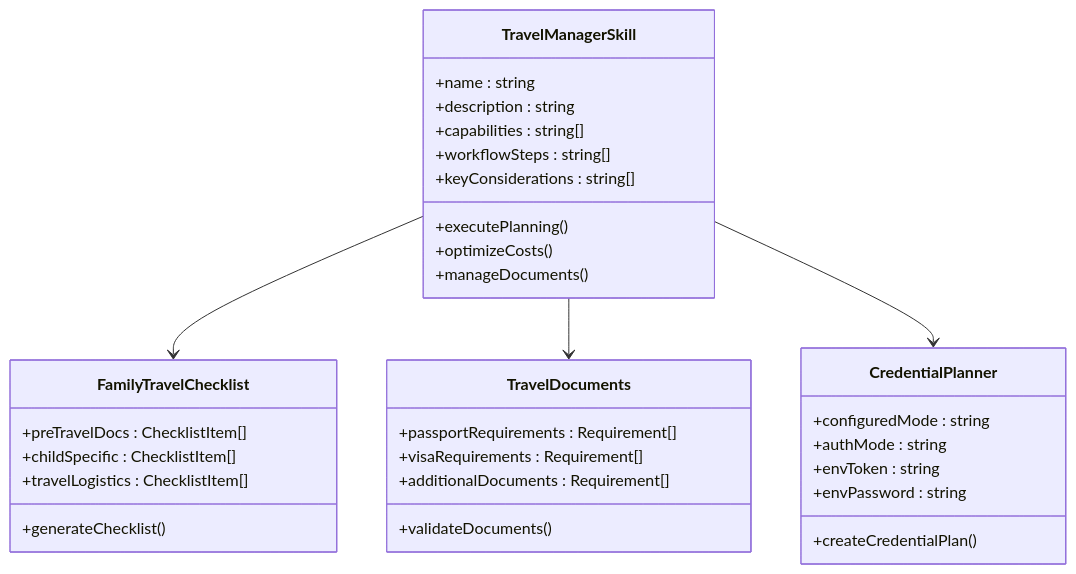
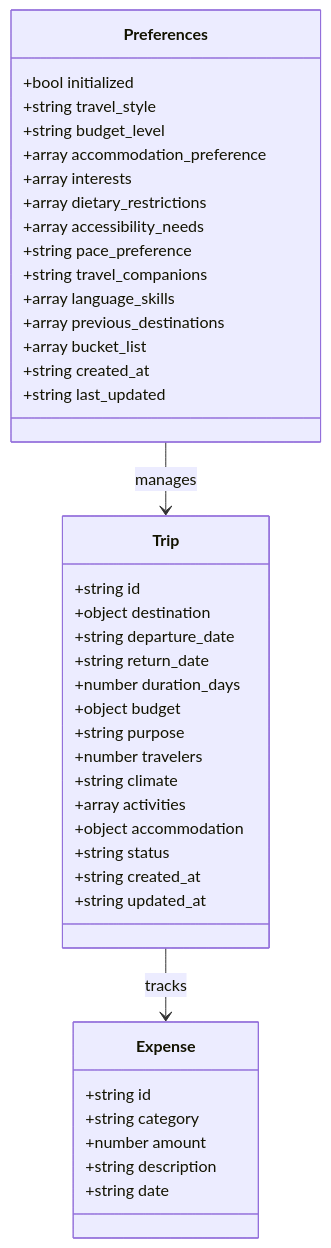
The fourth of 8 diagrams in .qoder/repowiki/zh/content/技能平台/内置技能/旅行规划技能系统.md (verse-ai-org/openclaw), drawn with Mermaid before and after one commit. The commit also changed other lines of this file and 14 other files, not shown here.

````diff
--- a/.qoder/repowiki/zh/content/技能平台/内置技能/旅行规划技能系统.md
+++ b/.qoder/repowiki/zh/content/技能平台/内置技能/旅行规划技能系统.md
@@ -137,35 +217,44 @@
 ```mermaid
 classDiagram
-class TravelManagerSkill {
-+name : string
-+description : string
-+capabilities : string[]
-+workflowSteps : string[]
-+keyConsiderations : string[]
-+executePlanning()
-+optimizeCosts()
-+manageDocuments()
+class Preferences {
++bool initialized
++string travel_style
++string budget_level
++array accommodation_preference
++array interests
++array dietary_restrictions
++array accessibility_needs
++string pace_preference
++string travel_companions
++array language_skills
++array previous_destinations
++array bucket_list
++string created_at
++string last_updated
 }
-class FamilyTravelChecklist {
-+preTravelDocs : ChecklistItem[]
-+childSpecific : ChecklistItem[]
-+travelLogistics : ChecklistItem[]
-+generateChecklist()
+class Trip {
++string id
++object destination
++string departure_date
++string return_date
++number duration_days
++object budget
++string purpose
++number travelers
++string climate
++array activities
++object accommodation
++string status
++string created_at
++string updated_at
 }
-class TravelDocuments {
-+passportRequirements : Requirement[]
-+visaRequirements : Requirement[]
-+additionalDocuments : Requirement[]
-+validateDocuments()
+class Expense {
++string id
++string category
++number amount
++string description
++string date
 }
-class CredentialPlanner {
-+configuredMode : string
-+authMode : string
-+envToken : string
-+envPassword : string
-+createCredentialPlan()
-}
-TravelManagerSkill --> FamilyTravelChecklist
-TravelManagerSkill --> TravelDocuments
-TravelManagerSkill --> CredentialPlanner
+Preferences --> Trip : manages
+Trip --> Expense : tracks
 ```
````
